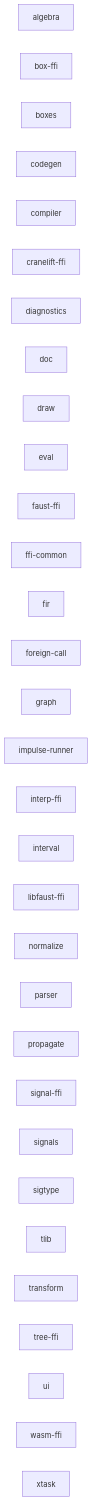
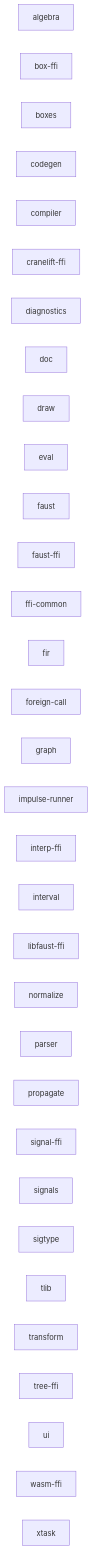
Before and after one commit to grame-cncm/faust-rs: the diagram in docs/code-graphs/workspace-crates.mmd, drawn with Mermaid. The commit also changed 10 other files, not shown here.

```diff
--- a/docs/code-graphs/workspace-crates.mmd
+++ b/docs/code-graphs/workspace-crates.mmd
@@ -1,32 +1,33 @@
 flowchart LR
     crate_algebra["algebra"]
     crate_box_ffi["box-ffi"]
     crate_boxes["boxes"]
     crate_codegen["codegen"]
     crate_compiler["compiler"]
     crate_cranelift_ffi["cranelift-ffi"]
     crate_diagnostics["diagnostics"]
     crate_doc["doc"]
     crate_draw["draw"]
     crate_eval["eval"]
+    crate_faust["faust"]
     crate_faust_ffi["faust-ffi"]
     crate_ffi_common["ffi-common"]
     crate_fir["fir"]
     crate_foreign_call["foreign-call"]
     crate_graph["graph"]
     crate_impulse_runner["impulse-runner"]
     crate_interp_ffi["interp-ffi"]
     crate_interval["interval"]
     crate_libfaust_ffi["libfaust-ffi"]
     crate_normalize["normalize"]
     crate_parser["parser"]
     crate_propagate["propagate"]
     crate_signal_ffi["signal-ffi"]
     crate_signals["signals"]
     crate_sigtype["sigtype"]
     crate_tlib["tlib"]
     crate_transform["transform"]
     crate_tree_ffi["tree-ffi"]
     crate_ui["ui"]
     crate_wasm_ffi["wasm-ffi"]
     crate_xtask["xtask"]
```
